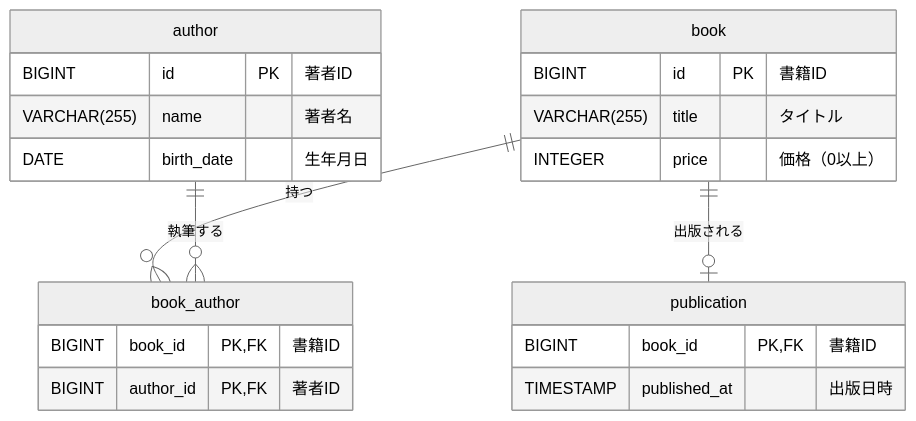
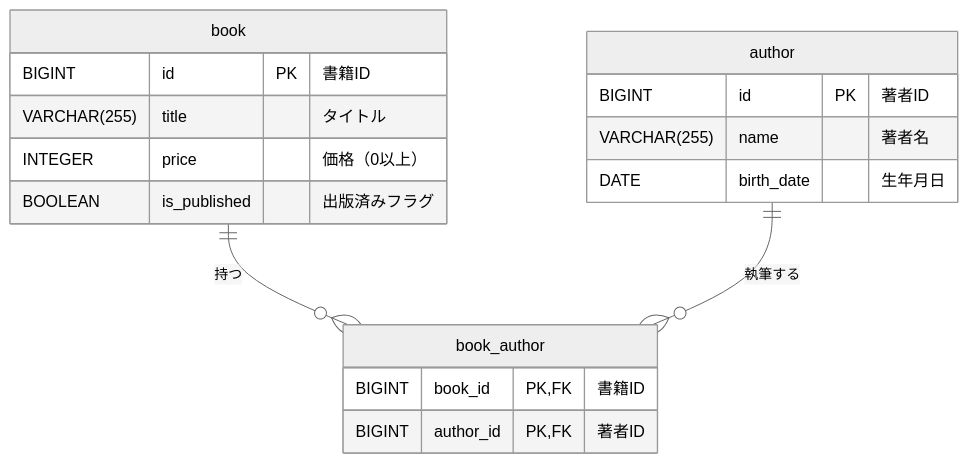
One commit to nagaoka-aya/library_management changed the diagram in docs/spec/db_structure.md. Above: the diagram before and after it, drawn with Mermaid (neutral theme). The commit also changed other lines of this file and 2 other files, not shown here.

````diff
--- a/docs/spec/db_structure.md
+++ b/docs/spec/db_structure.md
@@ -67,28 +57,23 @@
 ```mermaid
 erDiagram
     author {
         BIGINT id PK "著者ID"
         VARCHAR(255) name "著者名"
         DATE birth_date "生年月日"
     }
 
     book {
         BIGINT id PK "書籍ID"
         VARCHAR(255) title "タイトル"
         INTEGER price "価格（0以上）"
-    }
-
-    publication {
-        BIGINT book_id PK,FK "書籍ID"
-        TIMESTAMP published_at "出版日時"
+        BOOLEAN is_published "出版済みフラグ"
     }
 
     book_author {
         BIGINT book_id PK,FK "書籍ID"
         BIGINT author_id PK,FK "著者ID"
     }
 
-    book ||--o| publication : "出版される"
     book ||--o{ book_author : "持つ"
     author ||--o{ book_author : "執筆する"
 ```
````
